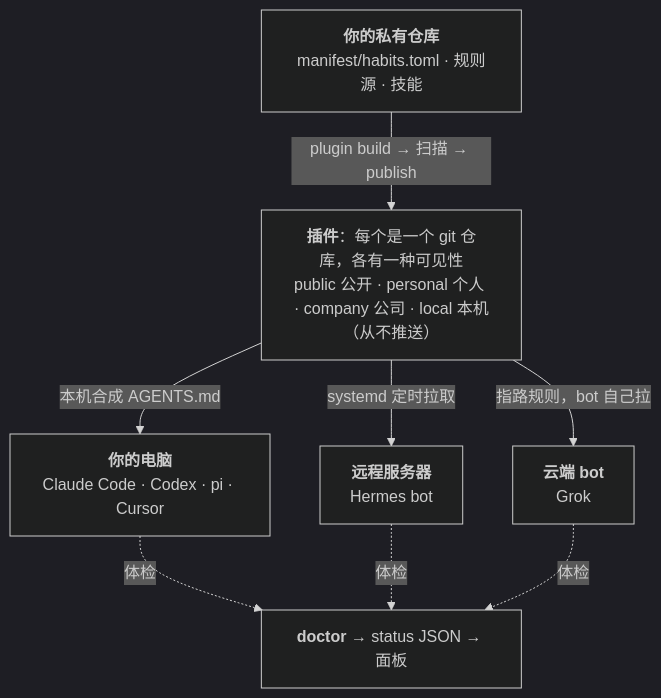
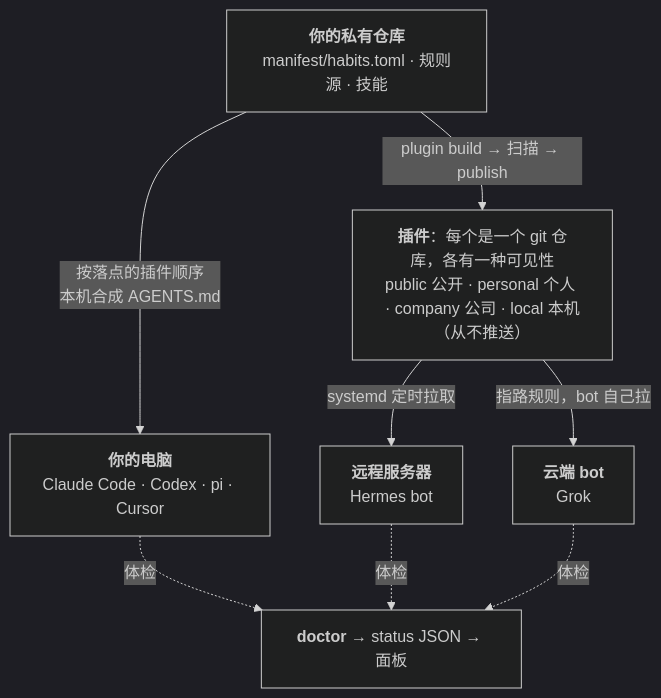
Before and after one commit to Adonis0123/agent-env: the diagram in README.zh-CN.md, drawn with Mermaid (dark theme). The commit also changed 4 other files, not shown here.

Commit message:
📝 docs: add architecture overview snapshot and align architecture notes with code

````diff
--- a/README.zh-CN.md
+++ b/README.zh-CN.md
@@ -25,17 +25,17 @@
 ```mermaid
 flowchart TB
   SRC["<b>你的私有仓库</b><br/>manifest/habits.toml · 规则源 · 技能"]
   PLG["<b>插件</b>：每个是一个 git 仓库，各有一种可见性<br/>public 公开 · personal 个人 · company 公司 · local 本机（从不推送）"]
   LAP["<b>你的电脑</b><br/>Claude Code · Codex · pi · Cursor"]
   SRV["<b>远程服务器</b><br/>Hermes bot"]
   BOT["<b>云端 bot</b><br/>Grok"]
   DOC["<b>doctor</b> → status JSON → 面板"]
 
   SRC -->|"plugin build → 扫描 → publish"| PLG
-  PLG -->|"本机合成 AGENTS.md"| LAP
+  SRC -->|"按落点的插件顺序<br/>本机合成 AGENTS.md"| LAP
   PLG -->|"systemd 定时拉取"| SRV
   PLG -->|"指路规则，bot 自己拉"| BOT
   LAP -.->|体检| DOC
   SRV -.->|体检| DOC
   BOT -.->|体检| DOC
 ```
````
